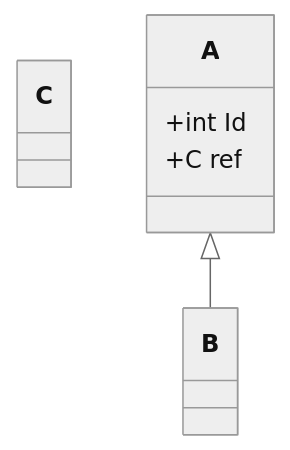
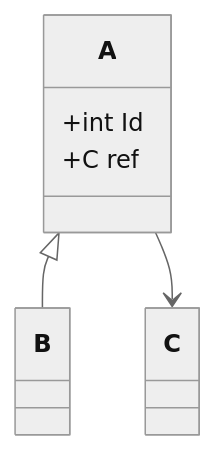
Before and after one commit to M5alil/mermaid: the diagram in README.md, drawn with Mermaid (neutral theme).

````diff
--- a/README.md
+++ b/README.md
@@ -2,9 +2,10 @@
 ``` mermaid 
 classDiagram
   class C 
   class A {
     +int Id
     +C ref
   }
   A <|-- B
+  A --> C
 ```
````
